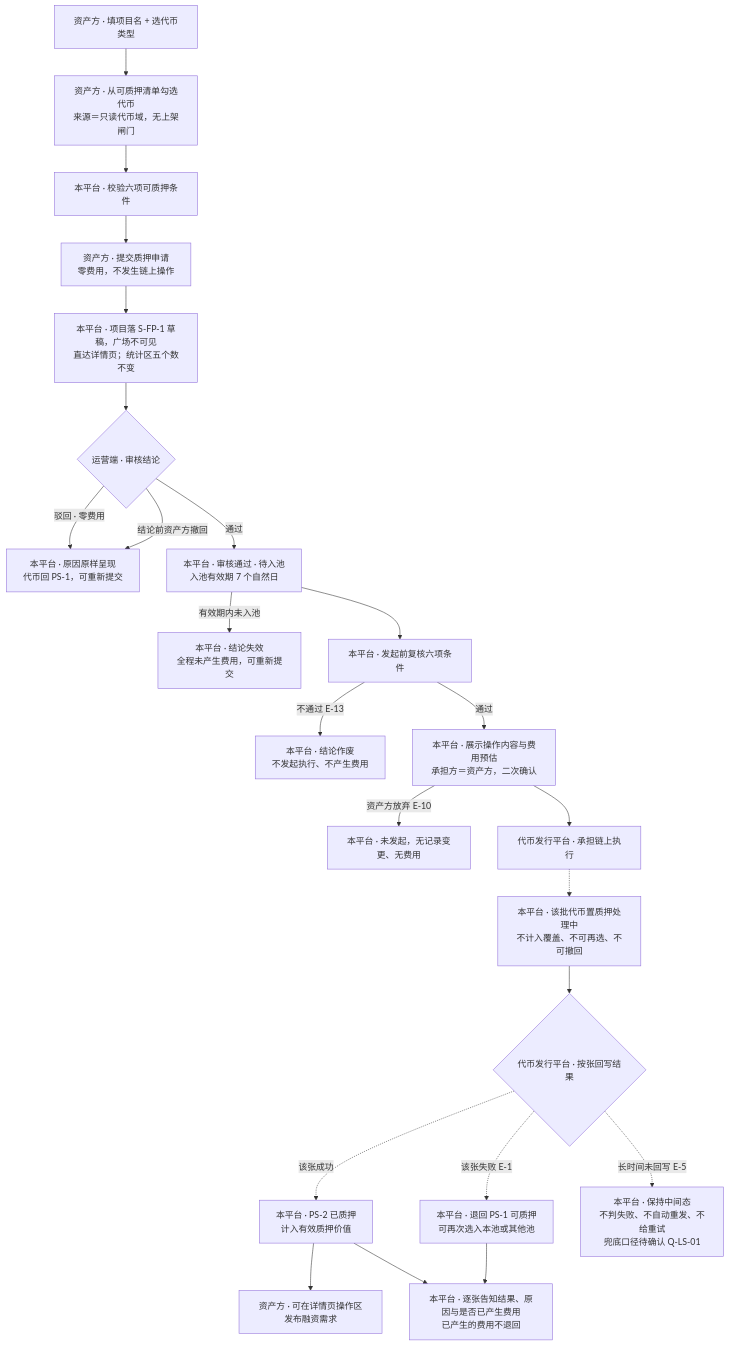
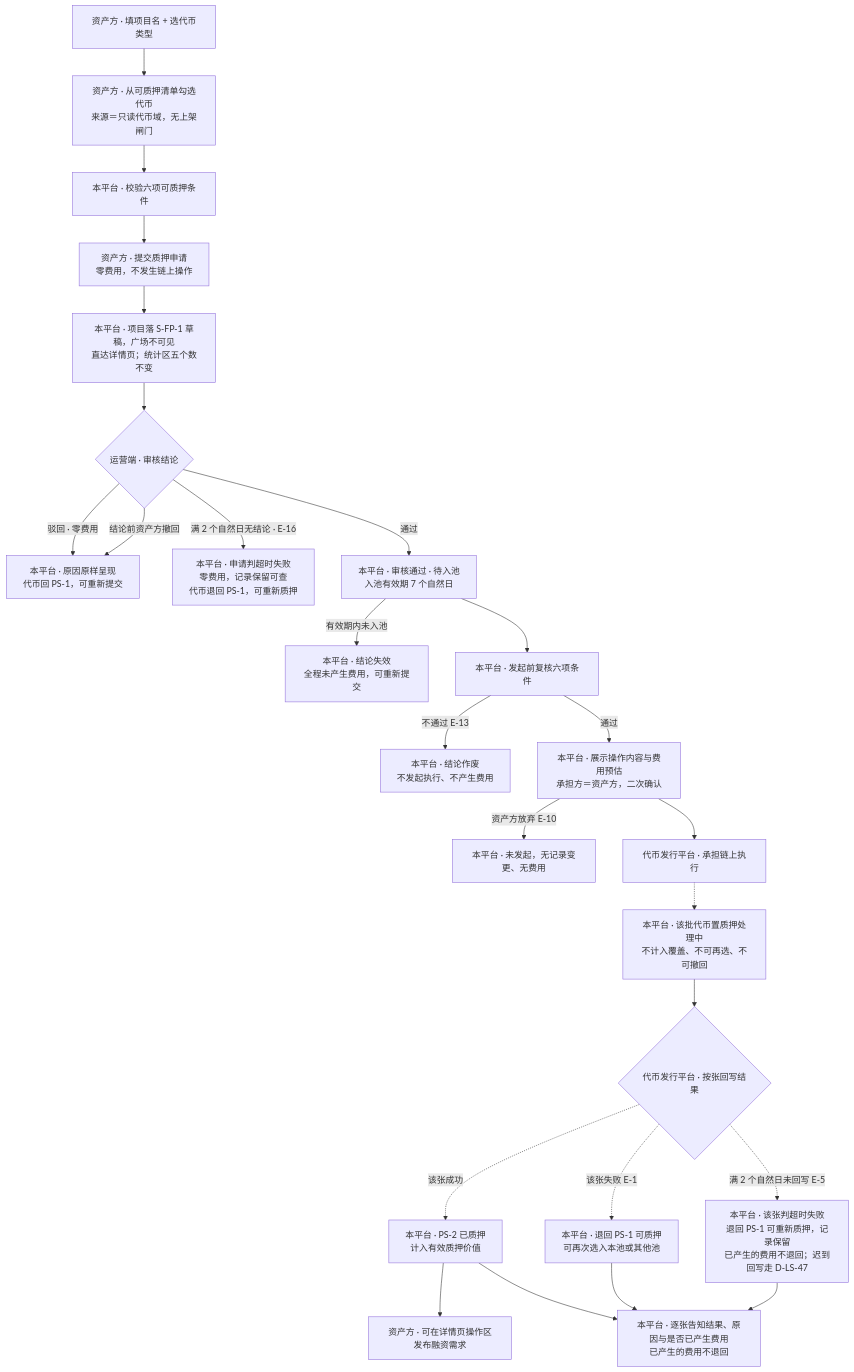
The first of 9 diagrams in lending-platform/PRD/v1.0-借贷广场-融资需求与代币质押/v1.0-借贷广场-融资需求与代币质押-流程图与状态机.md (wxblockchain/Chain-Financing), drawn with Mermaid before and after one commit. The commit also changed other lines of this file and 3 other files, not shown here.

````diff
--- a/lending-platform/PRD/v1.0-借贷广场-融资需求与代币质押/v1.0-借贷广场-融资需求与代币质押-流程图与状态机.md
+++ b/lending-platform/PRD/v1.0-借贷广场-融资需求与代币质押/v1.0-借贷广场-融资需求与代币质押-流程图与状态机.md
@@ -29,25 +29,27 @@
 ```mermaid
 flowchart TD
   A["资产方 · 填项目名 + 选代币类型"] --> B["资产方 · 从可质押清单勾选代币<br/>来源＝只读代币域，无上架闸门"]
   B --> C["本平台 · 校验六项可质押条件"]
   C --> D["资产方 · 提交质押申请<br/>零费用，不发生链上操作"]
   D --> E["本平台 · 项目落 S-FP-1 草稿，广场不可见<br/>直达详情页；统计区五个数不变"]
   E --> F{"运营端 · 审核结论"}
   F -- "驳回 · 零费用" --> G["本平台 · 原因原样呈现<br/>代币回 PS-1，可重新提交"]
   F -- "结论前资产方撤回" --> G
+  F -- "满 2 个自然日无结论 · E-16" --> G2["本平台 · 申请判超时失败<br/>零费用，记录保留可查<br/>代币退回 PS-1，可重新质押"]
   F -- "通过" --> H["本平台 · 审核通过 · 待入池<br/>入池有效期 7 个自然日"]
   H -- "有效期内未入池" --> I["本平台 · 结论失效<br/>全程未产生费用，可重新提交"]
   H --> J["本平台 · 发起前复核六项条件"]
   J -- "不通过 E-13" --> K["本平台 · 结论作废<br/>不发起执行、不产生费用"]
   J -- "通过" --> L["本平台 · 展示操作内容与费用预估<br/>承担方＝资产方，二次确认"]
   L -- "资产方放弃 E-10" --> M["本平台 · 未发起，无记录变更、无费用"]
   L --> N["代币发行平台 · 承担链上执行"]
   N -.-> O["本平台 · 该批代币置质押处理中<br/>不计入覆盖、不可再选、不可撤回"]
   O --> P{"代币发行平台 · 按张回写结果"}
   P -. "该张成功" .-> Q["本平台 · PS-2 已质押<br/>计入有效质押价值"]
   P -. "该张失败 E-1" .-> R["本平台 · 退回 PS-1 可质押<br/>可再次选入本池或其他池"]
-  P -. "长时间未回写 E-5" .-> S["本平台 · 保持中间态<br/>不判失败、不自动重发、不给重试<br/>兜底口径待确认 Q-LS-01"]
+  P -. "满 2 个自然日未回写 E-5" .-> S["本平台 · 该张判超时失败<br/>退回 PS-1 可重新质押，记录保留<br/>已产生的费用不退回；迟到回写走 D-LS-47"]
   Q --> T["资产方 · 可在详情页操作区发布融资需求"]
   R --> U["本平台 · 逐张告知结果、原因与是否已产生费用<br/>已产生的费用不退回"]
+  S --> U
   Q --> U
 ```
````
